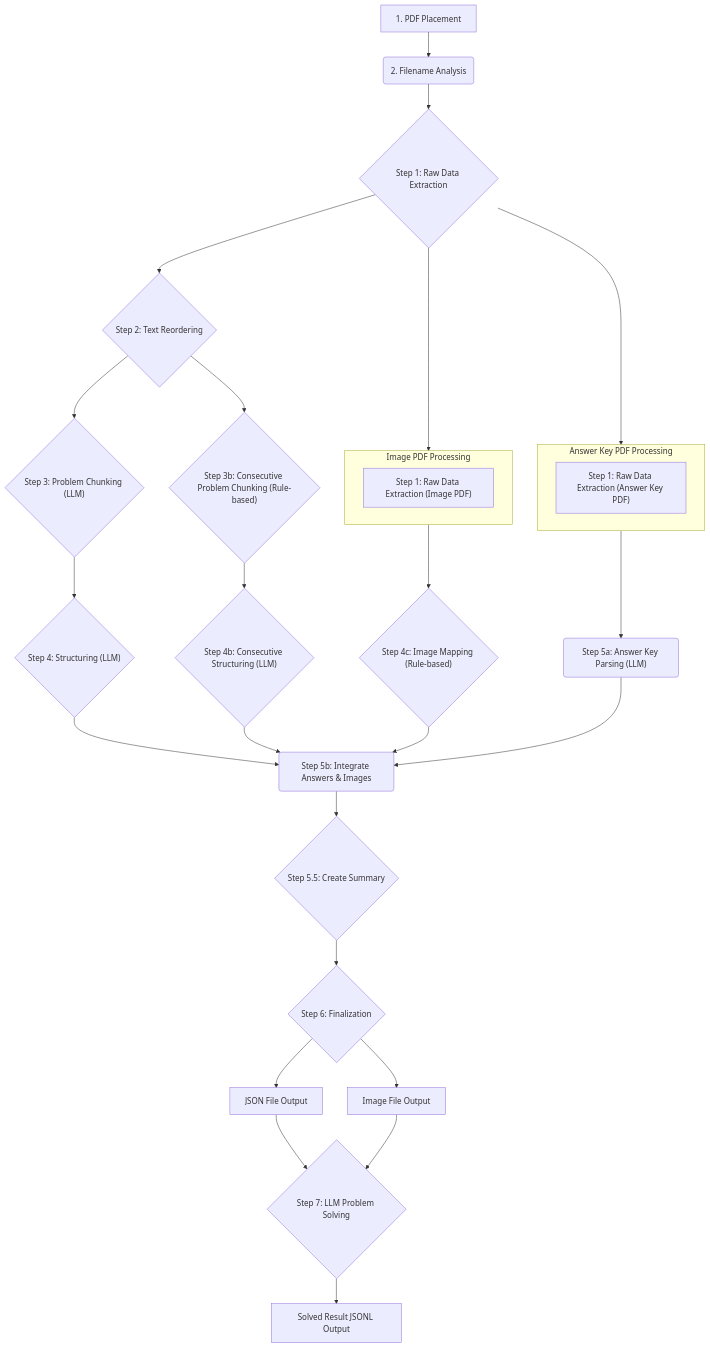
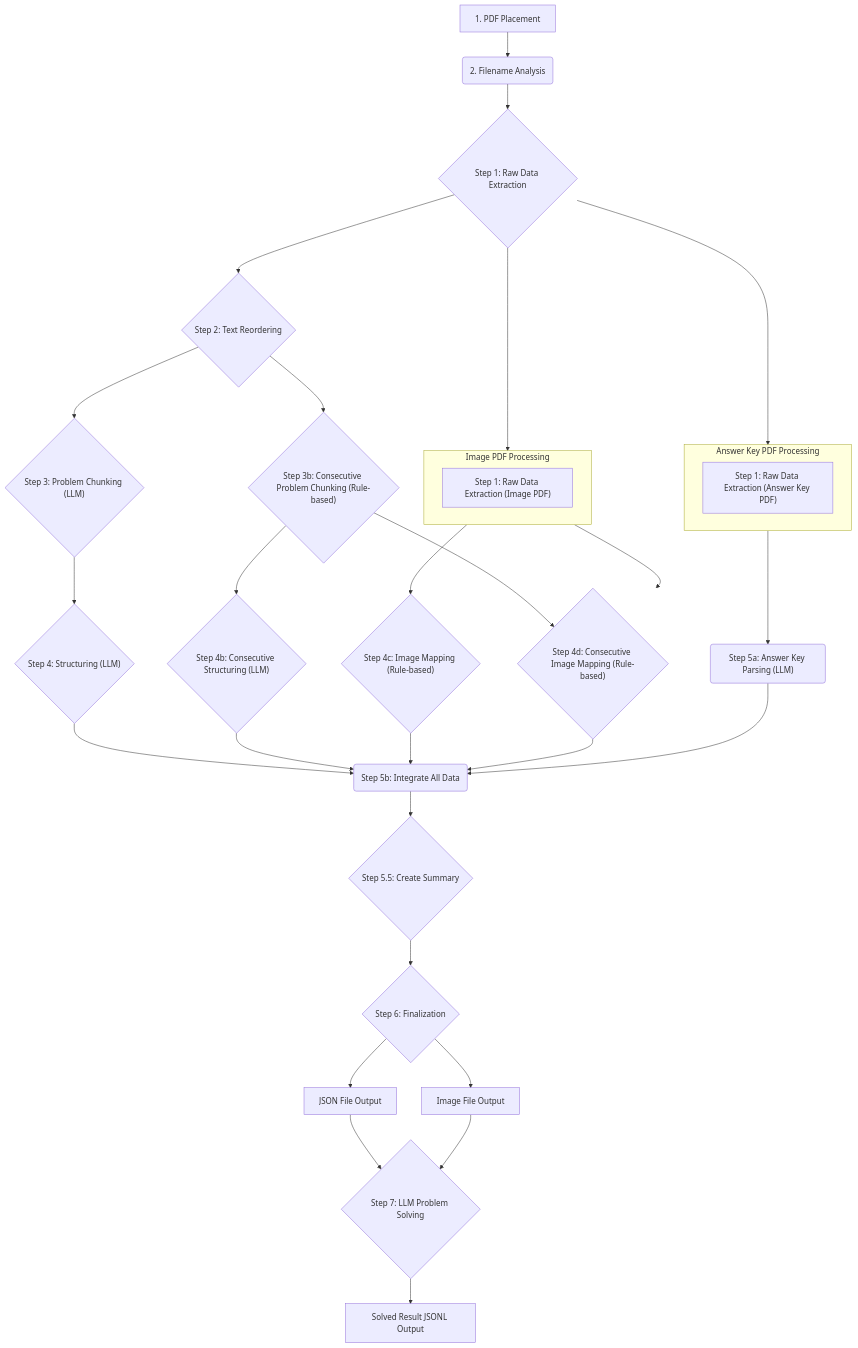
The diagram in README.md (fk506cni/medexam-parser), drawn with Mermaid before and after one commit. The commit also changed other lines of this file, not shown here.

````diff
--- a/README.md
+++ b/README.md
@@ -82,40 +83,44 @@
 ```mermaid
 graph TD
     A["1. PDF Placement"] --> B("2. Filename Analysis");
     B --> C{"Step 1: Raw Data Extraction"};
     C --> D{"Step 2: Text Reordering"};
     D --> E{"Step 3: Problem Chunking (LLM)"};
     D --> E_CONSECUTIVE{"Step 3b: Consecutive Problem Chunking (Rule-based)"};
     E --> F{"Step 4: Structuring (LLM)"};
     E_CONSECUTIVE --> F_CONSECUTIVE{"Step 4b: Consecutive Structuring (LLM)"};
 
     subgraph "Image PDF Processing"
         direction LR
         C_IMG["Step 1: Raw Data Extraction (Image PDF)"]
     end
 
     subgraph "Answer Key PDF Processing"
         direction LR
         C_ANS["Step 1: Raw Data Extraction (Answer Key PDF)"]
     end
 
     C --> C_IMG;
     C --> C_ANS;
 
     C_IMG --> G{"Step 4c: Image Mapping (Rule-based)"};
+    C_IMG --> H_CONSECUTIVE{"Step 4d: Consecutive Image Mapping (Rule-based)"};
+    E_CONSECUTIVE --> H_CONSECUTIVE;
+
     C_ANS --> J_A("Step 5a: Answer Key Parsing (LLM)");
 
-    F --> J_B("Step 5b: Integrate Answers & Images");
+    F --> J_B("Step 5b: Integrate All Data");
     F_CONSECUTIVE --> J_B;
     G --> J_B;
+    H_CONSECUTIVE --> J_B;
     J_A --> J_B;
 
     J_B --> K{"Step 5.5: Create Summary"};
     K --> L{"Step 6: Finalization"};
     L --> M["JSON File Output"];
     L --> N["Image File Output"];
 
     M --> O{"Step 7: LLM Problem Solving"};
     N --> O;
     O --> P["Solved Result JSONL Output"];
 ```
````
